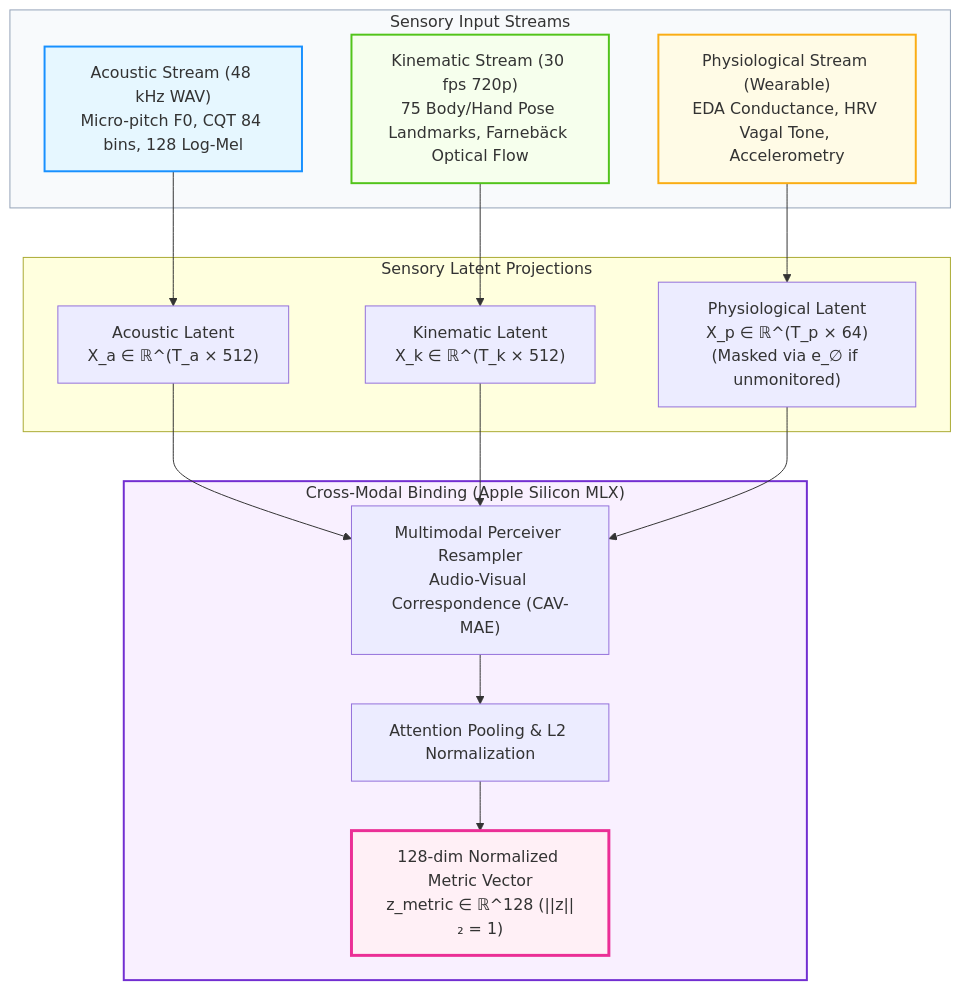
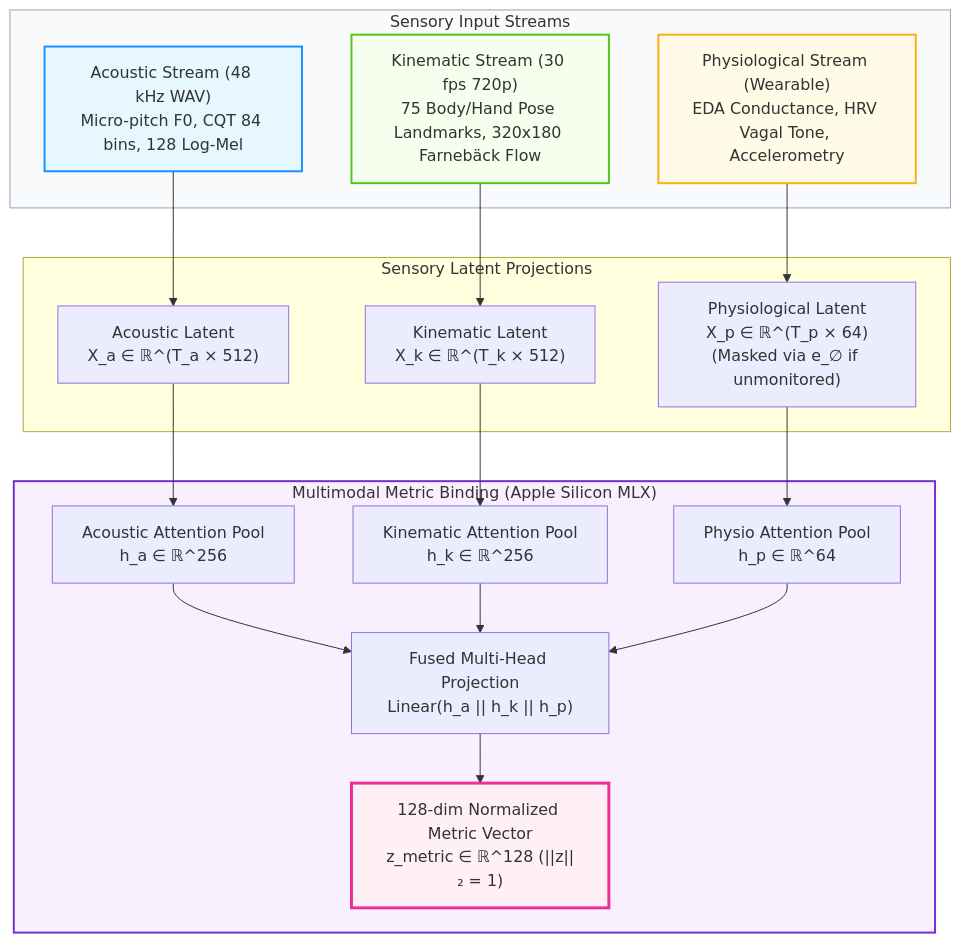
The first of 8 diagrams in docs/DESIGN.md (olostan/project_n), drawn with Mermaid before and after one commit. The commit also changed other lines of this file and 14 other files, not shown here.

````diff
--- a/docs/DESIGN.md
+++ b/docs/DESIGN.md
@@ -60,35 +60,39 @@
 ```mermaid
 graph TD
     subgraph Streams ["Sensory Input Streams"]
         Audio["Acoustic Stream (48 kHz WAV)<br/>Micro-pitch F0, CQT 84 bins, 128 Log-Mel"]
-        Video["Kinematic Stream (30 fps 720p)<br/>75 Body/Hand Pose Landmarks, Farnebäck Optical Flow"]
+        Video["Kinematic Stream (30 fps 720p)<br/>75 Body/Hand Pose Landmarks, 320x180 Farnebäck Flow"]
         Physio["Physiological Stream (Wearable)<br/>EDA Conductance, HRV Vagal Tone, Accelerometry"]
     end
 
     subgraph FrontEnds ["Sensory Latent Projections"]
         X_a["Acoustic Latent<br/>X_a ∈ ℝ^(T_a × 512)"]
         X_k["Kinematic Latent<br/>X_k ∈ ℝ^(T_k × 512)"]
         X_p["Physiological Latent<br/>X_p ∈ ℝ^(T_p × 64)<br/>(Masked via e_∅ if unmonitored)"]
     end
 
-    subgraph Fusion ["Cross-Modal Binding (Apple Silicon MLX)"]
-        Resampler["Multimodal Perceiver Resampler<br/>Audio-Visual Correspondence (CAV-MAE)"]
-        Pool["Attention Pooling & L2 Normalization"]
+    subgraph Fusion ["Multimodal Metric Binding (Apple Silicon MLX)"]
+        Pool_a["Acoustic Attention Pool<br/>h_a ∈ ℝ^256"]
+        Pool_k["Kinematic Attention Pool<br/>h_k ∈ ℝ^256"]
+        Pool_p["Physio Attention Pool<br/>h_p ∈ ℝ^64"]
+        Concat["Fused Multi-Head Projection<br/>Linear(h_a || h_k || h_p)"]
         Metric["128-dim Normalized Metric Vector<br/>z_metric ∈ ℝ^128 (||z||₂ = 1)"]
     end
 
     Audio --> X_a
     Video --> X_k
     Physio --> X_p
 
-    X_a & X_k & X_p --> Resampler
-    Resampler --> Pool
-    Pool --> Metric
+    X_a --> Pool_a
+    X_k --> Pool_k
+    X_p --> Pool_p
+    Pool_a & Pool_k & Pool_p --> Concat
+    Concat --> Metric
 
     style Streams fill:#f8fafc,stroke:#94a3b8,stroke-width:1px
     style Audio fill:#e6f7ff,stroke:#1890ff,stroke-width:2px
     style Video fill:#f6ffed,stroke:#52c41a,stroke-width:2px
     style Physio fill:#fffbe6,stroke:#faad14,stroke-width:2px
     style Fusion fill:#f9f0ff,stroke:#722ed1,stroke-width:2px
     style Metric fill:#fff0f6,stroke:#eb2f96,stroke-width:3px
 ```
````
